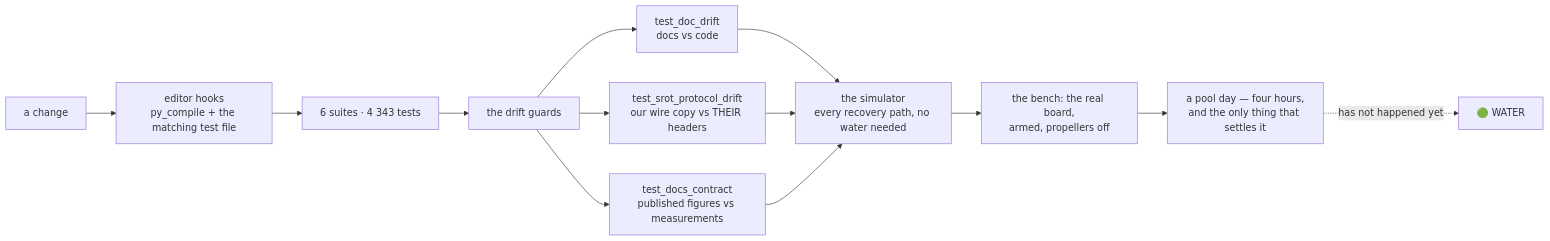
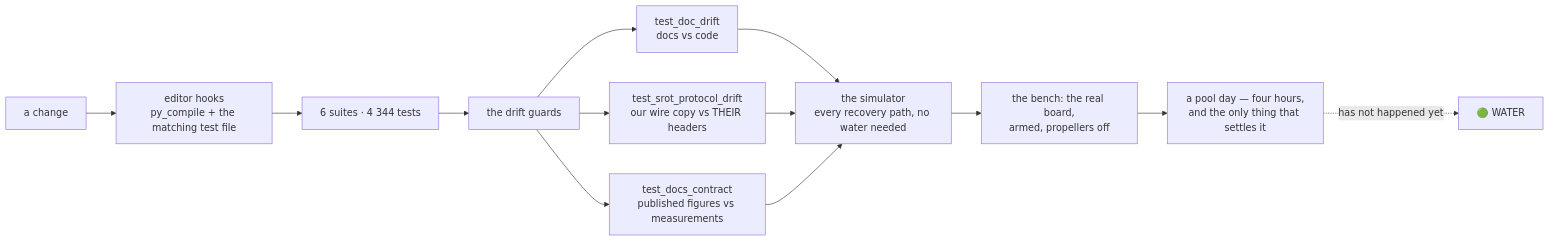
One commit to fh1m/mongla_ws changed the ninth of 10 diagrams in README.md. Above: the diagram before and after it, drawn with Mermaid. The commit also changed other lines of this file and 3 other files, not shown here.

````diff
--- a/README.md
+++ b/README.md
@@ -752,15 +752,15 @@
 ```mermaid
 flowchart LR
     DEV["a change"] --> HOOK["editor hooks<br/>py_compile + the matching test file"]
-    HOOK --> UNIT["6 suites · 4 343 tests"]
+    HOOK --> UNIT["6 suites · 4 344 tests"]
     UNIT --> GUARD["the drift guards"]
     GUARD --> G1["test_doc_drift<br/>docs vs code"]
     GUARD --> G2["test_srot_protocol_drift<br/>our wire copy vs THEIR headers"]
     GUARD --> G3["test_docs_contract<br/>published figures vs measurements"]
     G1 --> SIM["the simulator<br/>every recovery path, no water needed"]
     G2 --> SIM
     G3 --> SIM
     SIM --> BENCH["the bench: the real board,<br/>armed, propellers off"]
     BENCH --> POOL["a pool day — four hours,<br/>and the only thing that settles it"]
     POOL -.->|"has not happened yet"| WATER["🟢 WATER"]
 ```
````
